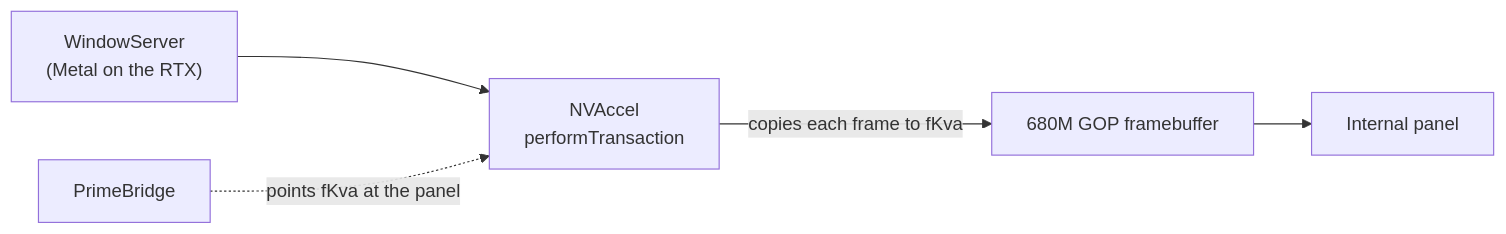
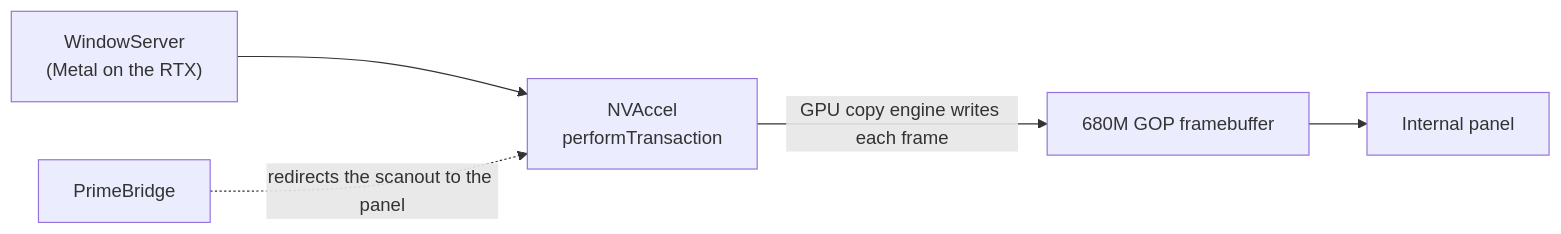
One commit to myvoow/PrimeBridge changed the diagram in README.md. Above: the diagram before and after it, drawn with Mermaid. The commit also changed other lines of this file and 20 other files, not shown here.

First line of the commit message:
PrimeBridge 0.7.1

````diff
--- a/README.md
+++ b/README.md
@@ -19,7 +19,7 @@
 ```mermaid
 flowchart LR
     WS["WindowServer<br/>(Metal on the RTX)"] --> NA["NVAccel<br/>performTransaction"]
-    NA -- "copies each frame to fKva" --> FB["680M GOP framebuffer"]
-    PB["PrimeBridge"] -. "points fKva at the panel" .-> NA
+    NA -- "GPU copy engine writes each frame" --> FB["680M GOP framebuffer"]
+    PB["PrimeBridge"] -. "redirects the scanout to the panel" .-> NA
     FB --> P["Internal panel"]
 ```
````
